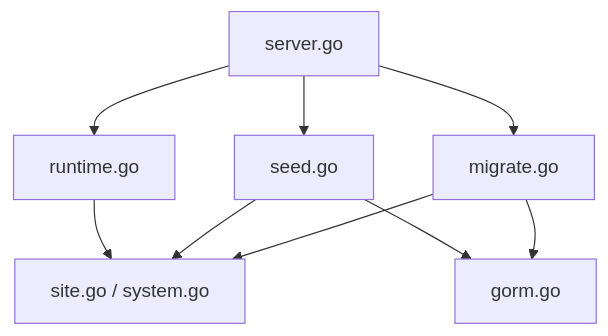
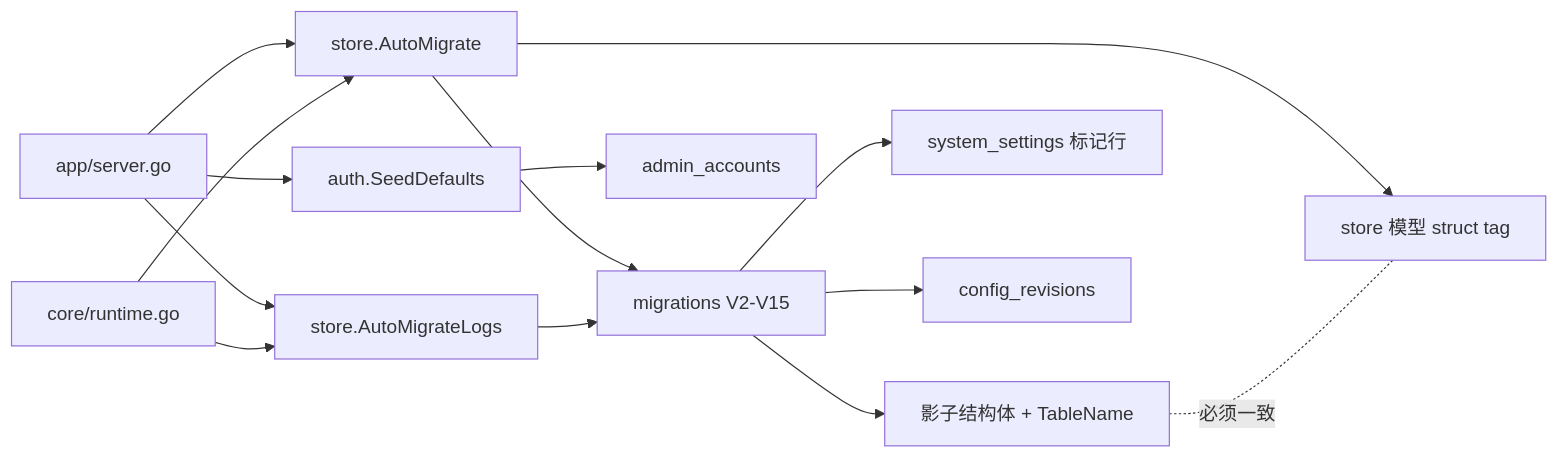
The fifth of 5 diagrams in docs/数据存储层/数据迁移管理.md (x01n/My-OpenWaf), drawn with Mermaid before and after one commit. The commit also changed other lines of this file and 622 other files, not shown here.

````diff
--- a/docs/数据存储层/数据迁移管理.md
+++ b/docs/数据存储层/数据迁移管理.md
@@ -308,11 +554,16 @@
 ```mermaid
-graph TB
-Server["server.go"] --> Migrate["migrate.go"]
-Server --> Seed["seed.go"]
-Migrate --> Models["site.go / system.go"]
-Seed --> Models
-Migrate --> DB["gorm.go"]
-Seed --> DB
-Server --> Runtime["runtime.go"]
-Runtime --> Models
+graph LR
+APP["app/server.go"] --> AM["store.AutoMigrate"]
+APP --> AML["store.AutoMigrateLogs"]
+APP --> SEED["auth.SeedDefaults"]
+AM --> MV["migrations V2-V15"]
+AML --> MV
+MV --> SHADOW["影子结构体 + TableName"]
+MV --> SS["system_settings 标记行"]
+AM --> TAG["store 模型 struct tag"]
+SHADOW -.必须一致.- TAG
+SEED --> AA["admin_accounts"]
+MV --> CR["config_revisions"]
+RT["core/runtime.go"] --> AM
+RT --> AML
 ```
````
